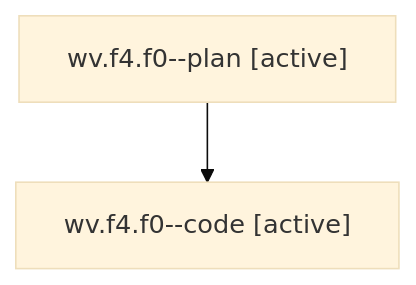
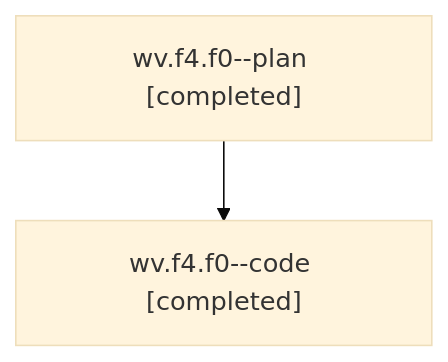
One commit to sase-org/sase--agents changed the diagram in families/bbugyi200.athena.wv.f4.f0.md. Above: the diagram before and after it, drawn with Mermaid (base theme). The commit also changed other lines of this file and 2170 other files, not shown here.

````diff
--- a/families/bbugyi200.athena.wv.f4.f0.md
+++ b/families/bbugyi200.athena.wv.f4.f0.md
@@ -9,6 +9,6 @@
 ```mermaid
 flowchart TD
-  n0["wv.f4.f0--plan [active]"]
-  n1["wv.f4.f0--code [active]"]
+  n0["wv.f4.f0--plan [completed]"]
+  n1["wv.f4.f0--code [completed]"]
   n0 --> n1
 ```
````
